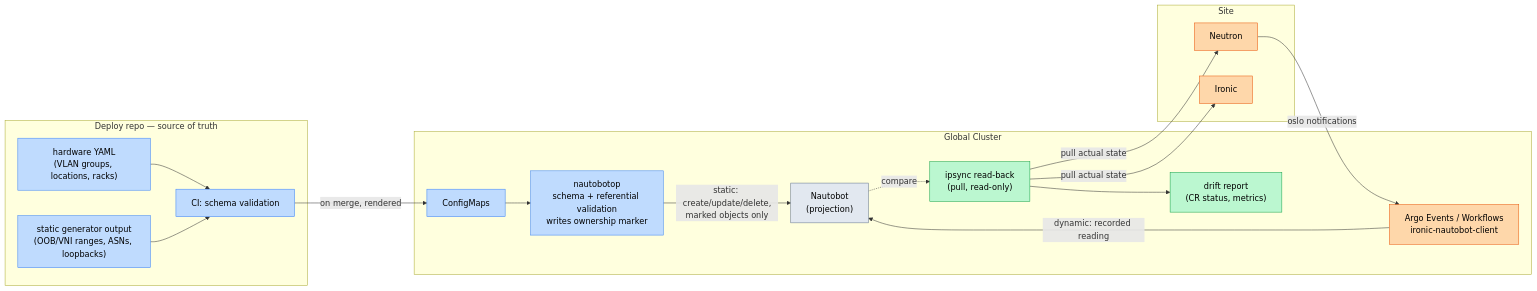
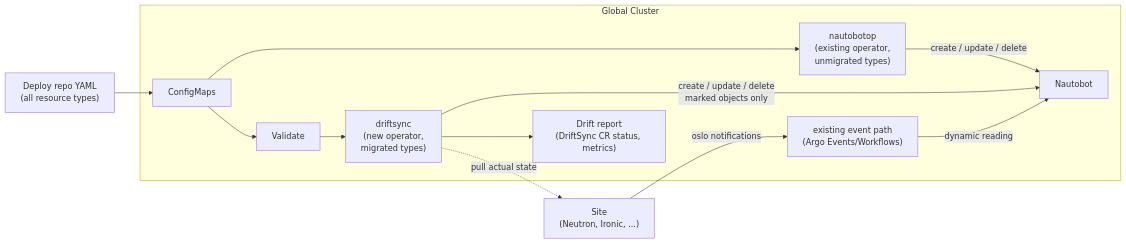
The diagram in docs/proposals/ipsync.md (rackerlabs/understack), drawn with Mermaid before and after one commit. The commit also changed other lines of this file, not shown here.

````diff
--- a/docs/proposals/ipsync.md
+++ b/docs/proposals/ipsync.md
@@ -199,39 +281,18 @@
 ```mermaid
 flowchart LR
-    subgraph git["Deploy repo — source of truth"]
-        YAML["hardware YAML<br/>(VLAN groups, locations, racks)"]:::static
-        GEN["static generator output<br/>(OOB/VNI ranges, ASNs, loopbacks)"]:::static
-        CI["CI: schema validation"]:::static
+    REPO["Deploy repo YAML<br/>(all resource types)"] --> CM["ConfigMaps"]
+
+    subgraph GLOBAL["Global Cluster"]
+        CM --> NOP["nautobotop<br/>(existing operator,<br/>unmigrated types)"]
+        CM --> VALID["Validate"]
+        VALID --> DS["driftsync<br/>(new operator,<br/>migrated types)"]
+
+        NOP -->|"create / update / delete"| NB["Nautobot"]
+        DS -->|"create / update / delete<br/>marked objects only"| NB
+        EVT["existing event path<br/>(Argo Events/Workflows)"] -->|"dynamic reading"| NB
+        DS --> REPORT["Drift report<br/>(DriftSync CR status, metrics)"]
     end
 
-    subgraph globalc["Global Cluster"]
-        CM["ConfigMaps"]:::static
-        OP["nautobotop<br/>schema + referential validation<br/>writes ownership marker"]:::static
-        NB["Nautobot<br/>(projection)"]:::store
-        ARGO["Argo Events / Workflows<br/>ironic-nautobot-client"]:::dynamic
-        RB["ipsync read-back<br/>(pull, read-only)"]:::readback
-        REP["drift report<br/>(CR status, metrics)"]:::readback
-    end
-
-    subgraph site["Site"]
-        NEU["Neutron"]:::dynamic
-        IRO["Ironic"]:::dynamic
-    end
-
-    YAML --> CI
-    GEN --> CI
-    CI -->|"on merge, rendered"| CM
-    CM --> OP
-    OP -->|"static: create/update/delete,<br/>marked objects only"| NB
-    NEU -->|"oslo notifications"| ARGO
-    ARGO -->|"dynamic: recorded reading"| NB
-    RB -->|"pull actual state"| NEU
-    RB -->|"pull actual state"| IRO
-    NB -.->|"compare"| RB
-    RB --> REP
-
-    classDef static fill:#bfdbfe,stroke:#3b82f6,color:#000
-    classDef dynamic fill:#fed7aa,stroke:#ea580c,color:#000
-    classDef readback fill:#bbf7d0,stroke:#16a34a,color:#000
-    classDef store fill:#e2e8f0,stroke:#64748b,color:#000
+    SITE["Site<br/>(Neutron, Ironic, ...)"] -->|"oslo notifications"| EVT
+    DS -.->|"pull actual state"| SITE
 ```
````
